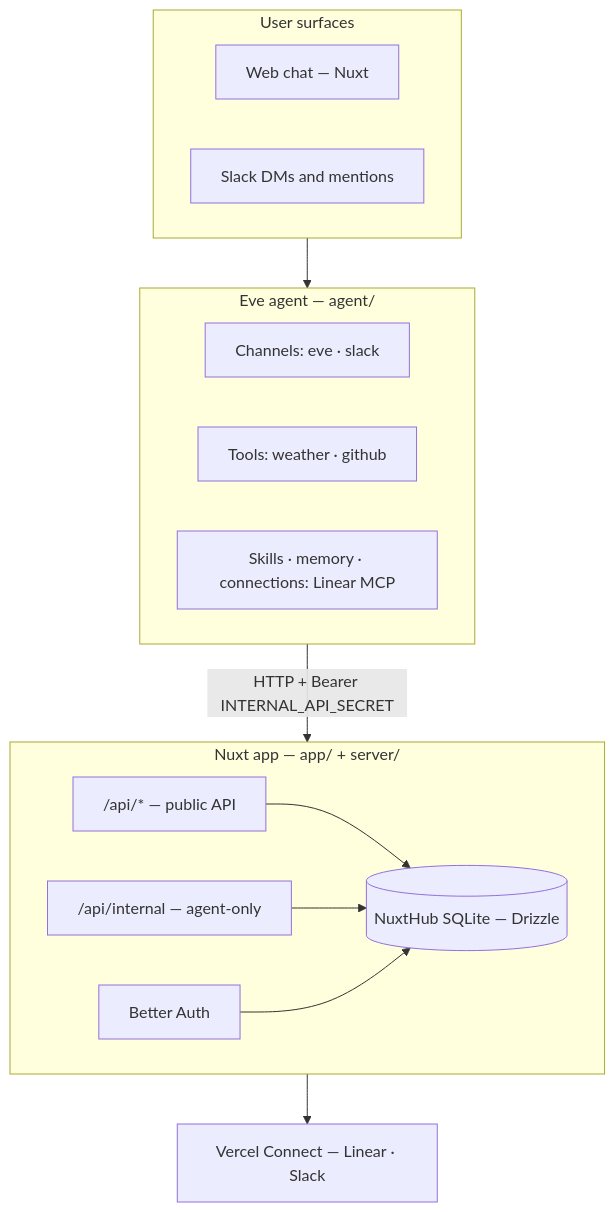
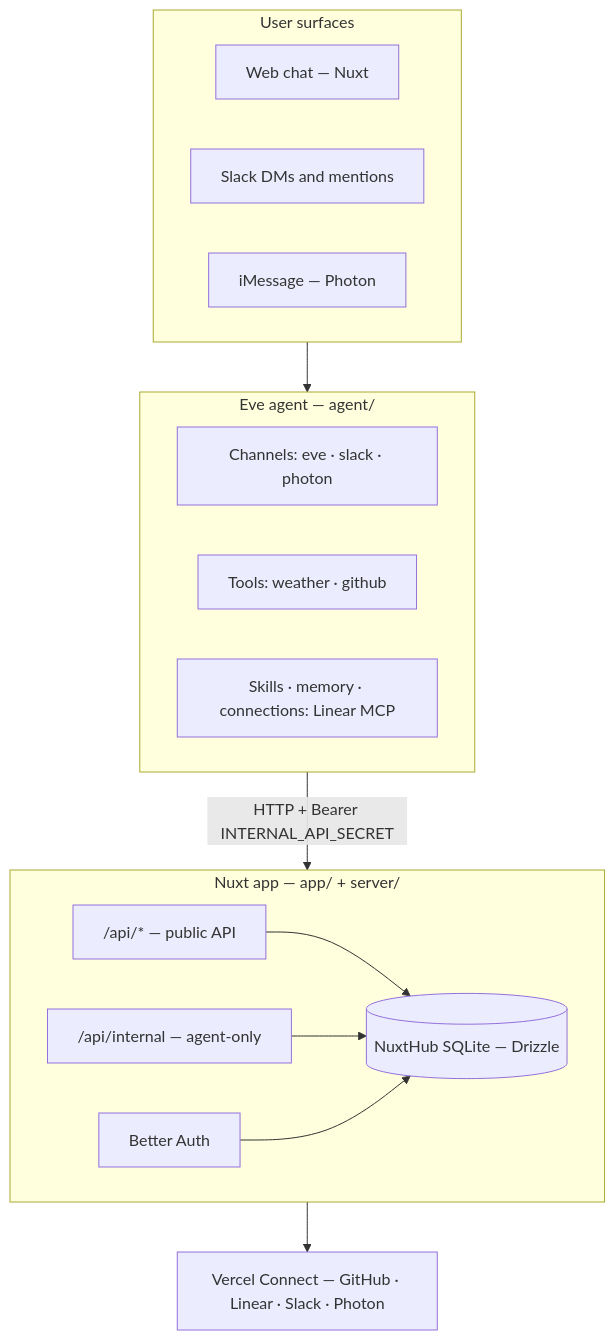
One commit to vercel-labs/personal-agent-template changed the diagram in docs/ARCHITECTURE.md. Above: the diagram before and after it, drawn with Mermaid. The commit also changed other lines of this file and 6 other files, not shown here.

First line of the commit message:
feat(imessage): answer on iMessage through Photon

````diff
--- a/docs/ARCHITECTURE.md
+++ b/docs/ARCHITECTURE.md
@@ -11,29 +11,30 @@
 ```mermaid
 flowchart TB
   subgraph surfaces [User surfaces]
     web[Web chat — Nuxt]
     slack[Slack DMs and mentions]
+    imessage[iMessage — Photon]
   end
 
   subgraph eve [Eve agent — agent/]
-    channels[Channels: eve · slack]
+    channels[Channels: eve · slack · photon]
     tools[Tools: weather · github]
     skills[Skills · memory · connections: Linear MCP]
   end
 
   subgraph nuxt [Nuxt app — app/ + server/]
     api["/api/* — public API"]
     internal["/api/internal — agent-only"]
     auth[Better Auth]
     db[(NuxtHub SQLite — Drizzle)]
   end
 
-  connect[Vercel Connect — Linear · Slack]
+  connect[Vercel Connect — GitHub · Linear · Slack · Photon]
 
   surfaces --> eve
   eve -->|"HTTP + Bearer INTERNAL_API_SECRET"| nuxt
   api --> db
   internal --> db
   auth --> db
   nuxt --> connect
 ```
````
